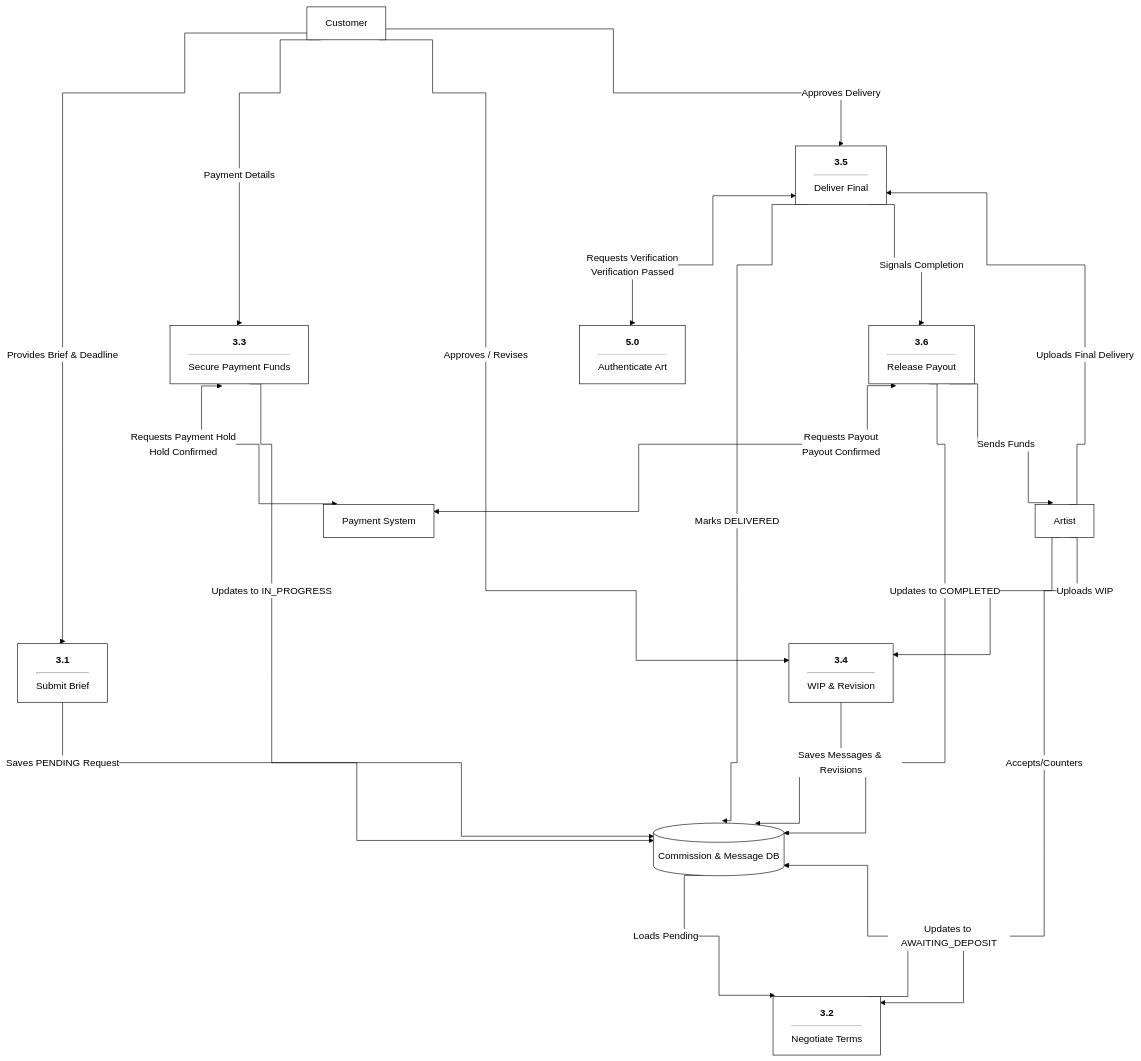
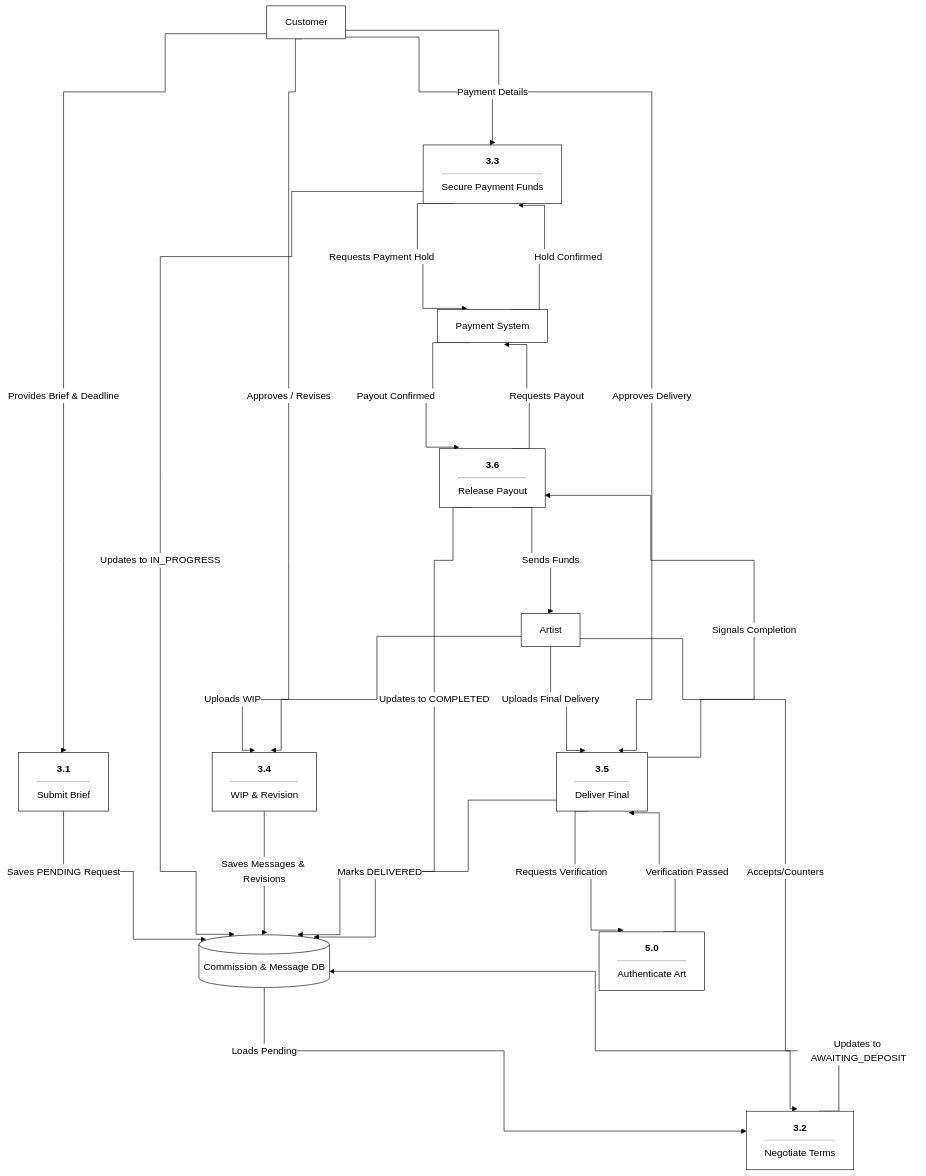
The third of 3 diagrams in README.md (binssente-crypto/DFD), drawn with Mermaid before and after one commit. The commit also changed other lines of this file, not shown here.

Commit message:
Fix text cutoff in Level 0 OMMA Platform node

````diff
--- a/README.md
+++ b/README.md
@@ -89,46 +89,49 @@
 ```mermaid
 %%{init: { 'flowchart': { 'curve': 'step', 'nodeSpacing': 150, 'rankSpacing': 150 }, 'theme': 'base', 'themeVariables': { 'primaryColor': '#ffffff', 'primaryBorderColor': '#000000', 'primaryTextColor': '#000000', 'lineColor': '#000000', 'background': '#ffffff', 'edgeLabelBackground': '#ffffff' } }}%%
 graph TD
     %% External Entities
     Customer[Customer]
     Artist[Artist]
     
     %% Stores & Services
     Database[(Commission & Message DB)]
     Payment[Payment System]
     P5["<b>5.0</b><hr/>Authenticate Art"]
     
     %% Sub-Processes
     P31["<b>3.1</b><hr/>Submit Brief"]
     P32["<b>3.2</b><hr/>Negotiate Terms"]
     P33["<b>3.3</b><hr/>Secure Payment Funds"]
     P34["<b>3.4</b><hr/>WIP & Revision"]
     P35["<b>3.5</b><hr/>Deliver Final"]
     P36["<b>3.6</b><hr/>Release Payout"]
     
     %% Flows
     Customer -- "Provides Brief & Deadline" --> P31
     P31 -- "Saves PENDING Request" --> Database
     
     Database -- "Loads Pending" --> P32
     Artist -- "Accepts/Counters" --> P32
     P32 -- "Updates to AWAITING_DEPOSIT" --> Database
     
     Customer -- "Payment Details" --> P33
-    P33 <--> |"Requests Payment Hold<br/>Hold Confirmed"| Payment
+    P33 -- "Requests Payment Hold" --> Payment
+    Payment -- "Hold Confirmed" --> P33
     P33 -- "Updates to IN_PROGRESS" --> Database
     
     Artist -- "Uploads WIP" --> P34
     Customer -- "Approves / Revises" --> P34
     P34 -- "Saves Messages & Revisions" --> Database
     
     Artist -- "Uploads Final Delivery" --> P35
-    P35 <--> |"Requests Verification<br/>Verification Passed"| P5
+    P35 -- "Requests Verification" --> P5
+    P5 -- "Verification Passed" --> P35
     Customer -- "Approves Delivery" --> P35
     P35 -- "Marks DELIVERED" --> Database
     
     P35 -- "Signals Completion" --> P36
-    P36 <--> |"Requests Payout<br/>Payout Confirmed"| Payment
+    P36 -- "Requests Payout" --> Payment
+    Payment -- "Payout Confirmed" --> P36
     P36 -- "Updates to COMPLETED" --> Database
     P36 -- "Sends Funds" --> Artist
 ```
````
